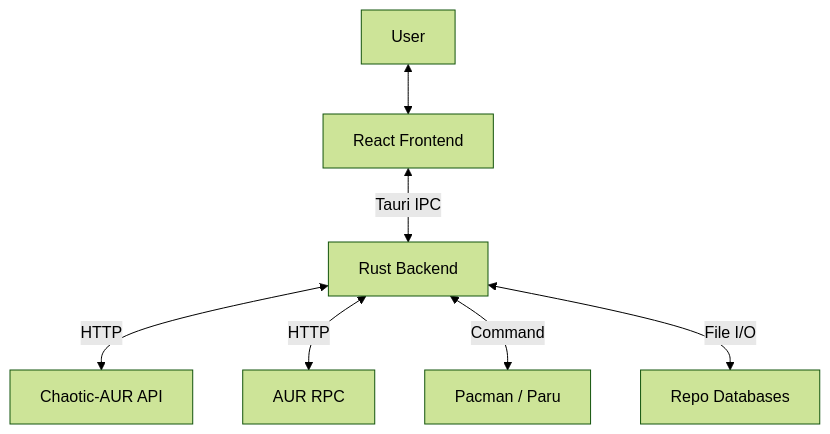
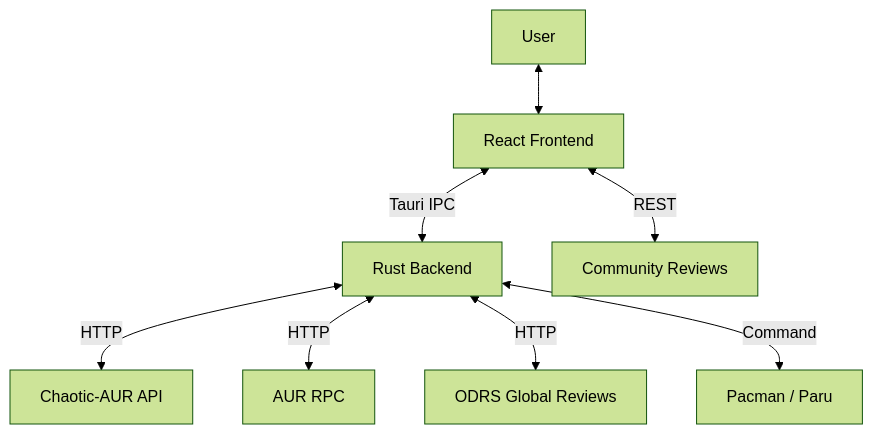
The diagram in docs/ARCHITECTURE.md (cpg716/monarch-store), drawn with Mermaid (forest theme) before and after one commit. The commit also changed other lines of this file and 5 other files, not shown here.

````diff
--- a/docs/ARCHITECTURE.md
+++ b/docs/ARCHITECTURE.md
@@ -7,9 +7,10 @@
 ```mermaid
 graph TD
     User[User] <--> Frontend[React Frontend]
     Frontend <-->|Tauri IPC| Backend[Rust Backend]
     Backend <-->|HTTP| ChaoticAPI[Chaotic-AUR API]
     Backend <-->|HTTP| AURAPI[AUR RPC]
+    Backend <-->|HTTP| ODRS[ODRS Global Reviews]
     Backend <-->|Command| Pacman[Pacman / Paru]
-    Backend <-->|File I/O| LocalDB[Repo Databases]
+    Frontend <-->|REST| Supabase[Community Reviews]
 ```
````
